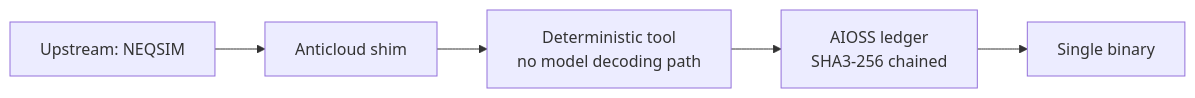
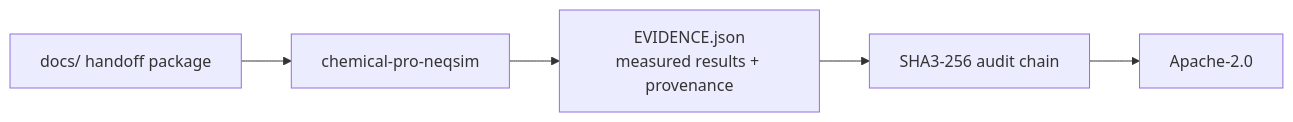
The diagram in README.md (the-anticloud/chemical-pro-neqsim), drawn with Mermaid before and after one commit. The commit also changed other lines of this file and 8 other files, not shown here.

````diff
--- a/README.md
+++ b/README.md
@@ -11,7 +22,7 @@
 ```mermaid
 graph LR
-    U[Upstream: NEQSIM] --> S[Anticloud shim]
-    S --> T[Deterministic tool<br/>no model decoding path]
-    T --> A[AIOSS ledger<br/>SHA3-256 chained]
-    A --> B[Single binary]
+    D[docs/ handoff package] --> R[chemical-pro-neqsim]
+    R --> E[EVIDENCE.json\nmeasured results + provenance]
+    E --> A[SHA3-256 audit chain]
+    A --> L[Apache-2.0]
 ```
````
